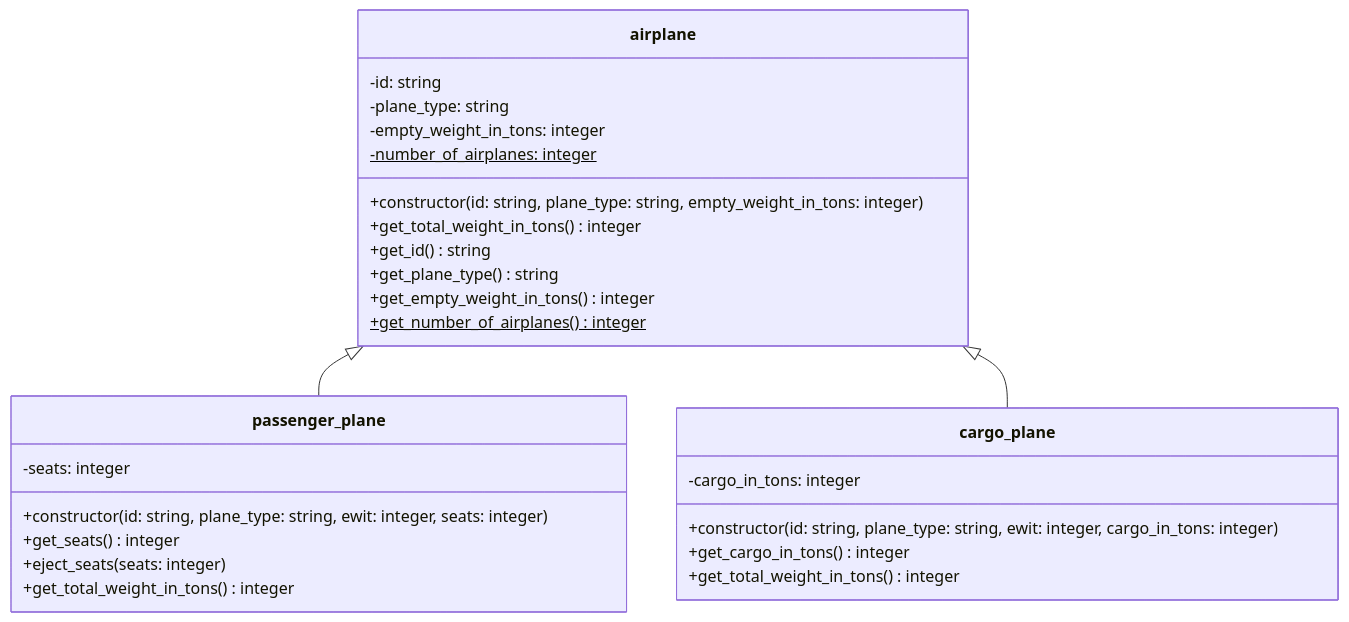
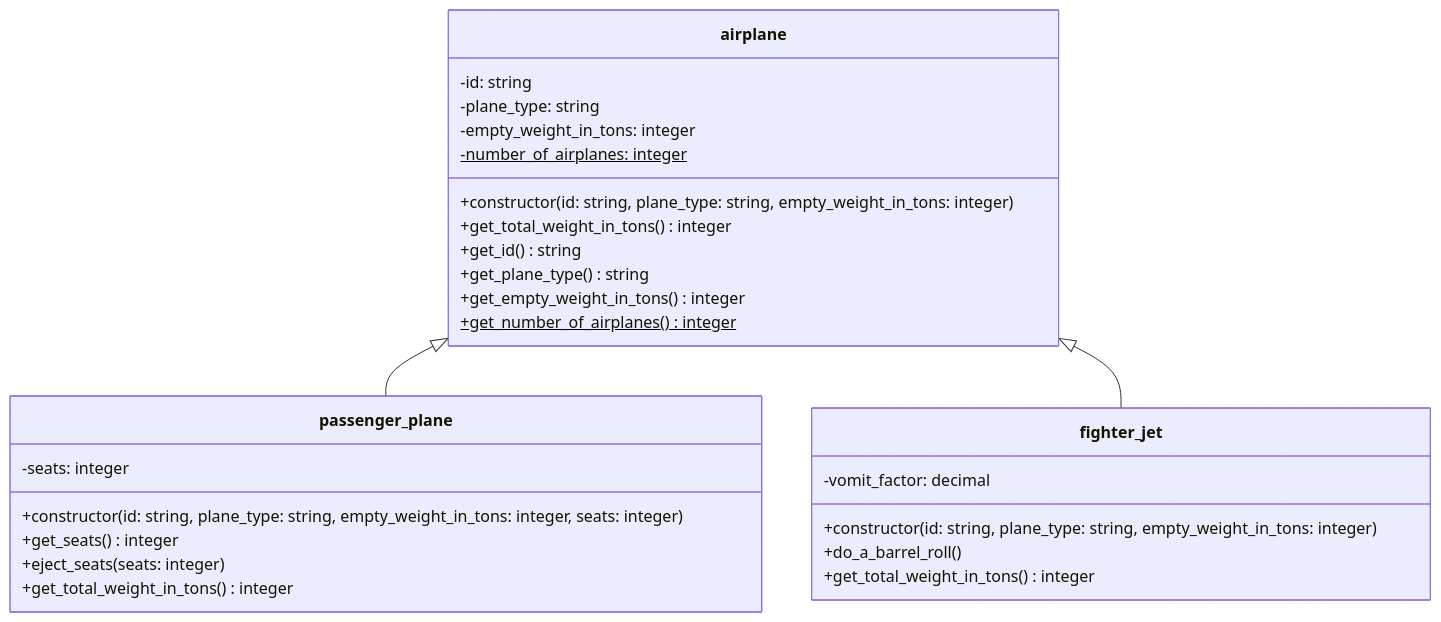
Before and after one commit to appenmaier/s4hana: the diagram in docs/exercises/abap-objects/abap-objects-06.md, drawn with Mermaid. The commit also changed other lines of this file and 3 other files, not shown here.

````diff
--- a/docs/exercises/abap-objects/abap-objects-06.md
+++ b/docs/exercises/abap-objects/abap-objects-06.md
@@ -11,33 +11,33 @@
 ```mermaid
 classDiagram
    airplane <|-- passenger_plane
-   airplane <|-- cargo_plane
+   airplane <|-- fighter_jet
 
    class airplane {
       -id: string
       -plane_type: string
       -empty_weight_in_tons: integer
       -number_of_airplanes: integer$
       +constructor(id: string, plane_type: string, empty_weight_in_tons: integer)
       +get_total_weight_in_tons() integer
       +get_id() string
       +get_plane_type() string
       +get_empty_weight_in_tons() integer
       +get_number_of_airplanes() integer$
    }
 
    class passenger_plane {
       -seats: integer
-      +constructor(id: string, plane_type: string, ewit: integer, seats: integer)
+      +constructor(id: string, plane_type: string, empty_weight_in_tons: integer, seats: integer)
       +get_seats() integer
       +eject_seats(seats: integer)
       +get_total_weight_in_tons() integer
    }
 
-   class cargo_plane {
-      -cargo_in_tons: integer
-      +constructor(id: string, plane_type: string, ewit: integer, cargo_in_tons: integer)
-      +get_cargo_in_tons() integer
+   class fighter_jet {
+      -vomit_factor: decimal
+      +constructor(id: string, plane_type: string, empty_weight_in_tons: integer)
+      +do_a_barrel_roll()
       +get_total_weight_in_tons() integer
    }
 ```
````
